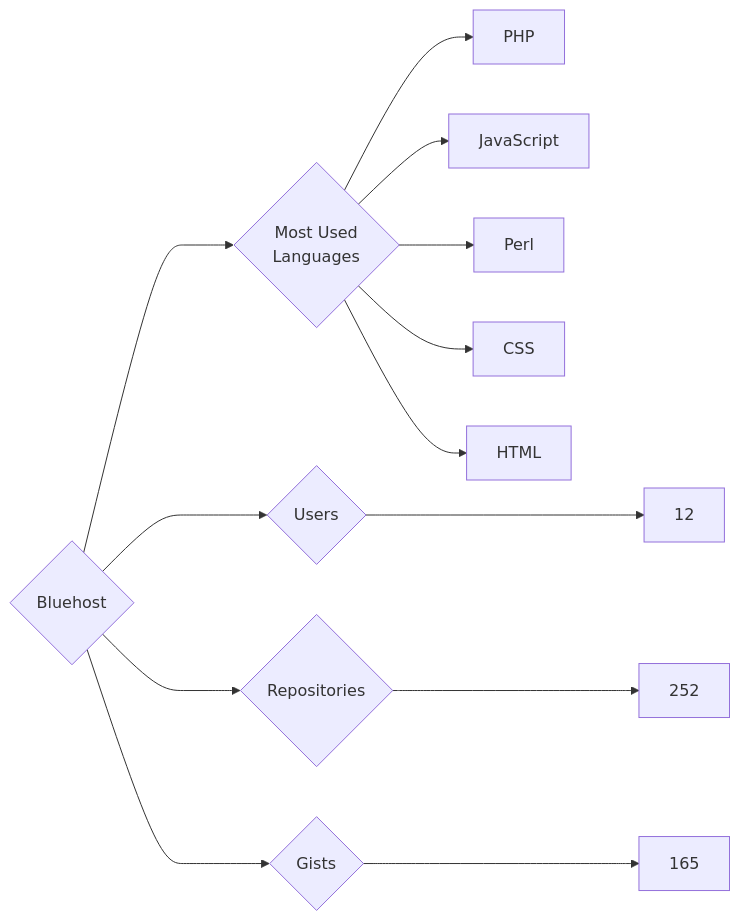
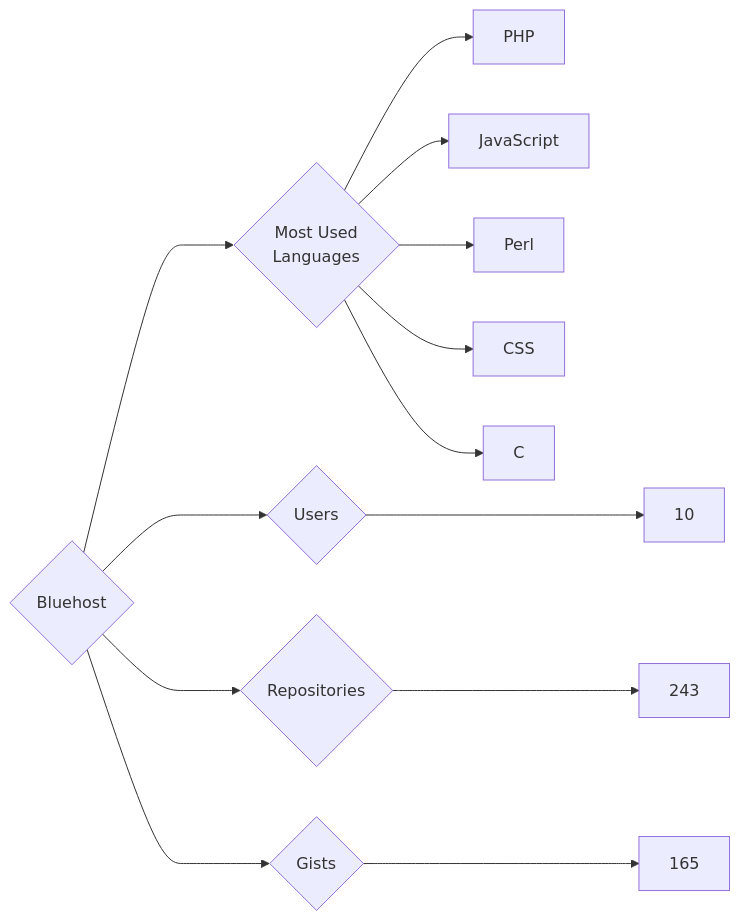
Before and after one commit to trickest/insiders: the diagram in targets/Bluehost/README.md, drawn with Mermaid. The commit also changed 932 other files, not shown here.

````diff
--- a/targets/Bluehost/README.md
+++ b/targets/Bluehost/README.md
@@ -3,13 +3,13 @@
 ```mermaid
 graph LR
 COMPANY_NAME{Bluehost}
-COMPANY_NAME ---> U{Users} ---> UN[12]
-COMPANY_NAME ---> R{Repositories} ---> RN[252]
+COMPANY_NAME ---> U{Users} ---> UN[10]
+COMPANY_NAME ---> R{Repositories} ---> RN[243]
 COMPANY_NAME ---> G{Gists} ---> GN[165]
 COMPANY_NAME ---> ML{Most Used<br>Languages}
 ML --> PHP[PHP]
 ML --> JavaScript[JavaScript]
 ML --> Perl[Perl]
 ML --> CSS[CSS]
-ML --> HTML[HTML]
+ML --> C[C]
 ```
````
